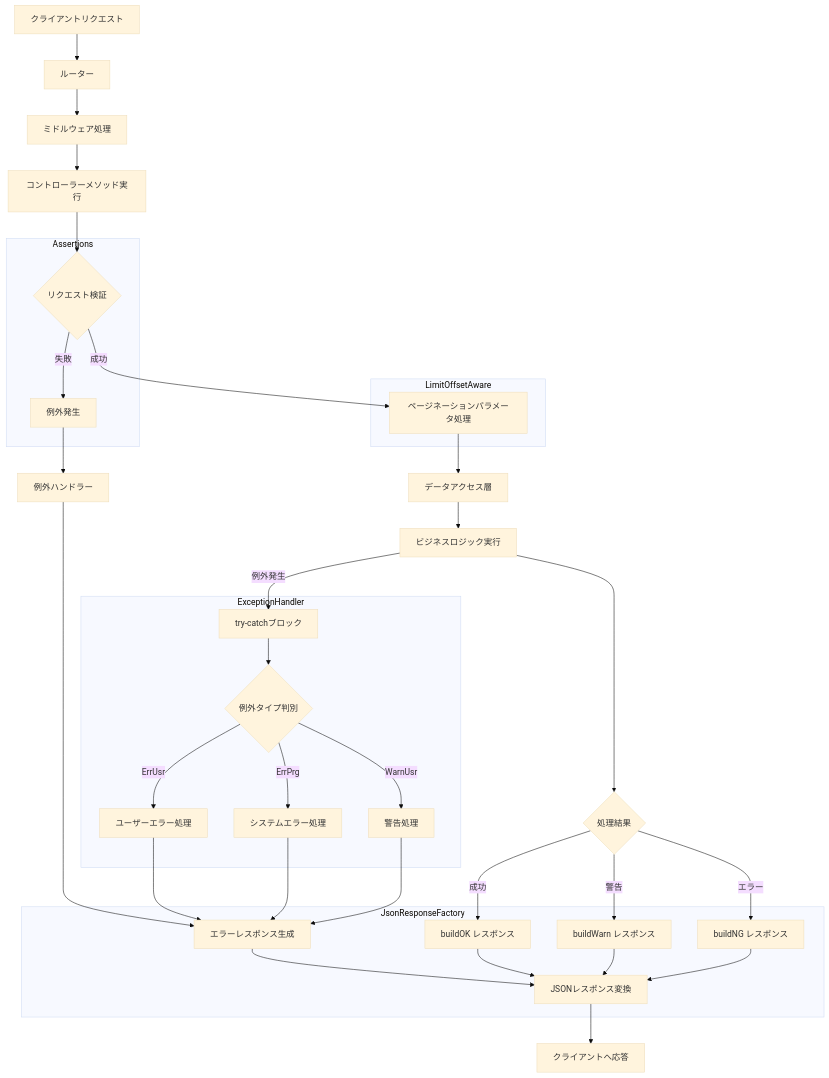
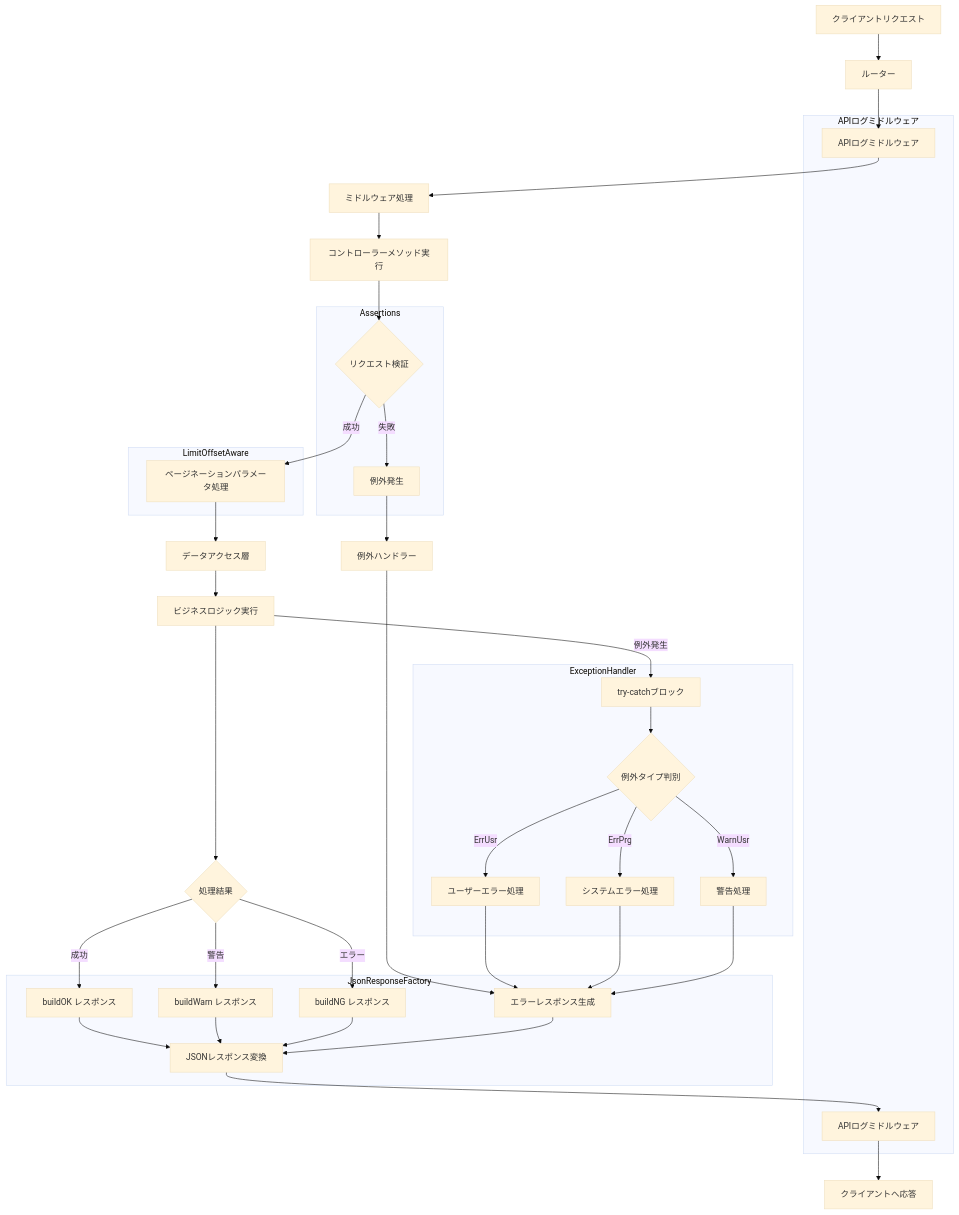
The diagram in README.md (tqcuong-it/docs), drawn with Mermaid (base theme) before and after one commit. The commit also changed other lines of this file, not shown here.

````diff
--- a/README.md
+++ b/README.md
@@ -23,62 +23,69 @@
 ```mermaid
 flowchart TD
     A[クライアントリクエスト] --> B[ルーター]
-    B --> C[ミドルウェア処理]
+    B --> W[APIログミドルウェア]
+    W --> C[ミドルウェア処理]
     C --> D[コントローラーメソッド実行]
     
     D --> E{リクエスト検証}
     E -->|失敗| F[例外発生]
     F --> G[例外ハンドラー]
     G --> H[エラーレスポンス生成]
     
     E -->|成功| I[ページネーションパラメータ処理]
     I --> J[データアクセス層]
     J --> K[ビジネスロジック実行]
     
     K -->|例外発生| R[try-catchブロック]
     R --> S{例外タイプ判別}
     S -->|ErrUsr| T[ユーザーエラー処理]
     S -->|ErrPrg| U[システムエラー処理]
     S -->|WarnUsr| V[警告処理]
     
     T --> H
     U --> H
     V --> H
     
     K --> L{処理結果}
     L -->|成功| M[buildOK レスポンス]
     L -->|警告| N[buildWarn レスポンス]
     L -->|エラー| O[buildNG レスポンス]
     
     M --> P[JSONレスポンス変換]
     N --> P
     O --> P
     H --> P
     
-    P --> Q[クライアントへ応答]
+    P --> X[APIログミドルウェア]
+    X --> Q[クライアントへ応答]
     
     subgraph "LimitOffsetAware"
     I
     end
     
     subgraph "Assertions"
     E
     F
     end
     
     subgraph "ExceptionHandler"
     R
     S
     T
     U
     V
     end
     
+    subgraph "APIログミドルウェア"
+    W
+    X
+    end
+    
     subgraph "JsonResponseFactory"
     M
     N
     O
     H
     P
     end
 ```
````
